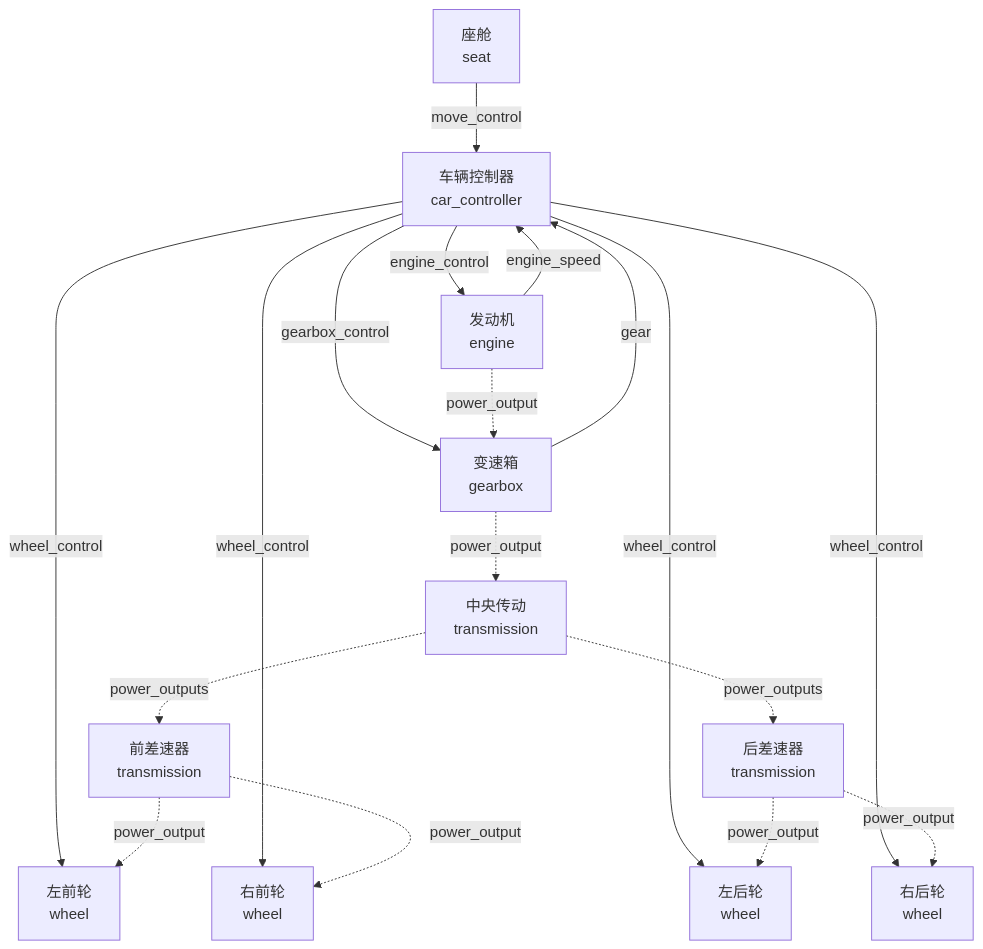
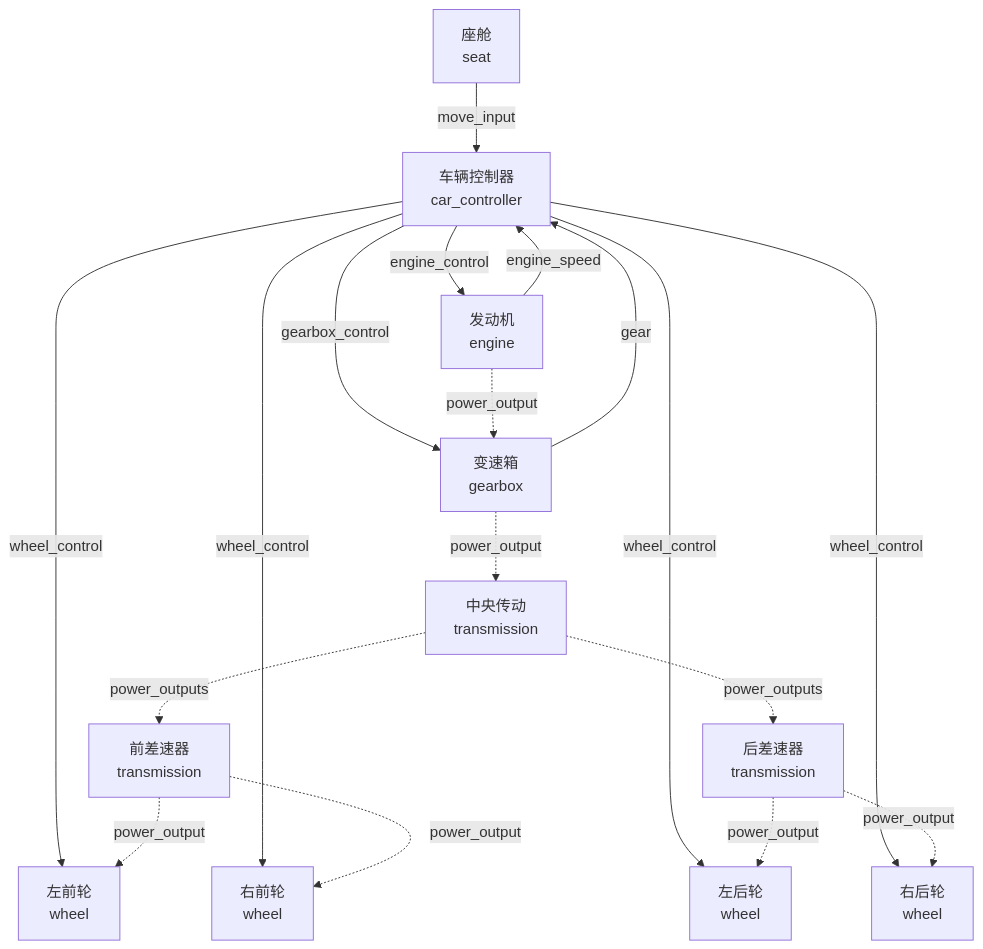
The second of 2 diagrams in docs/wiki/3-子系统详解/3.1-子系统概述.md (Sweetzonzi/Machine-Max), drawn with Mermaid before and after one commit. The commit also changed other lines of this file and 155 other files, not shown here.

````diff
--- a/docs/wiki/3-子系统详解/3.1-子系统概述.md
+++ b/docs/wiki/3-子系统详解/3.1-子系统概述.md
@@ -133,34 +133,34 @@
 ```mermaid
 flowchart TB
     seat["座舱<br/>seat"]
     ctrl["车辆控制器<br/>car_controller"]
     engine["发动机<br/>engine"]
     gearbox["变速箱<br/>gearbox"]
     trans["中央传动<br/>transmission"]
     diff_f["前差速器<br/>transmission"]
     diff_r["后差速器<br/>transmission"]
     w_fl["左前轮<br/>wheel"]
     w_fr["右前轮<br/>wheel"]
     w_rl["左后轮<br/>wheel"]
     w_rr["右后轮<br/>wheel"]
 
-    seat -->|move_control| ctrl
+    seat -->|move_input| ctrl
     ctrl -->|engine_control| engine
     ctrl -->|gearbox_control| gearbox
     ctrl -->|wheel_control| w_fl
     ctrl -->|wheel_control| w_fr
     ctrl -->|wheel_control| w_rl
     ctrl -->|wheel_control| w_rr
 
     engine -.->|power_output| gearbox
     gearbox -.->|power_output| trans
     trans -.->|power_outputs| diff_f
     trans -.->|power_outputs| diff_r
     diff_f -.->|power_output| w_fl
     diff_f -.->|power_output| w_fr
     diff_r -.->|power_output| w_rl
     diff_r -.->|power_output| w_rr
 
     engine -->|engine_speed| ctrl
     gearbox -->|gear| ctrl
 ```
````
